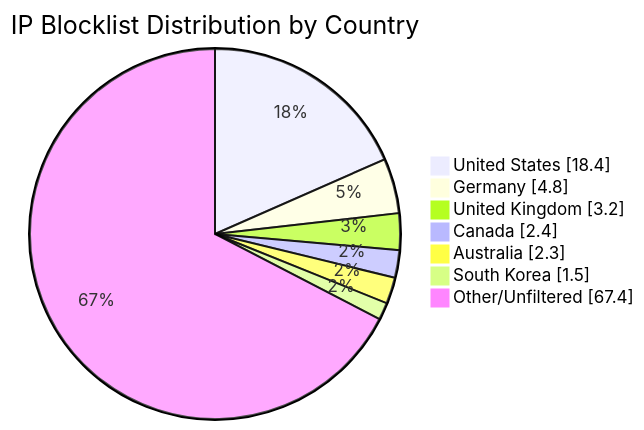
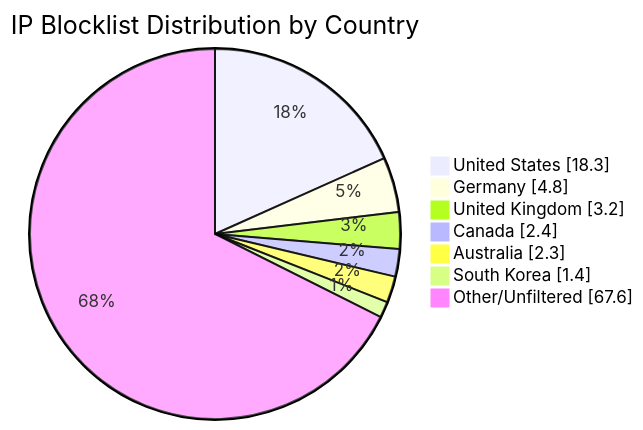
The diagram in README.md (MarcusHoltz/ipblocklist-geofiltered-aggregator), drawn with Mermaid before and after one commit. The commit also changed other lines of this file and 9 other files, not shown here.

````diff
--- a/README.md
+++ b/README.md
@@ -34,10 +34,10 @@
 ```mermaid
 pie showData title IP Blocklist Distribution by Country
-"United States" : 18.4
+"United States" : 18.3
 "Germany" : 4.8
 "United Kingdom" : 3.2
 "Canada" : 2.4
 "Australia" : 2.3
-"South Korea" : 1.5
-"Other/Unfiltered" : 67.4
+"South Korea" : 1.4
+"Other/Unfiltered" : 67.6
 ```
````
